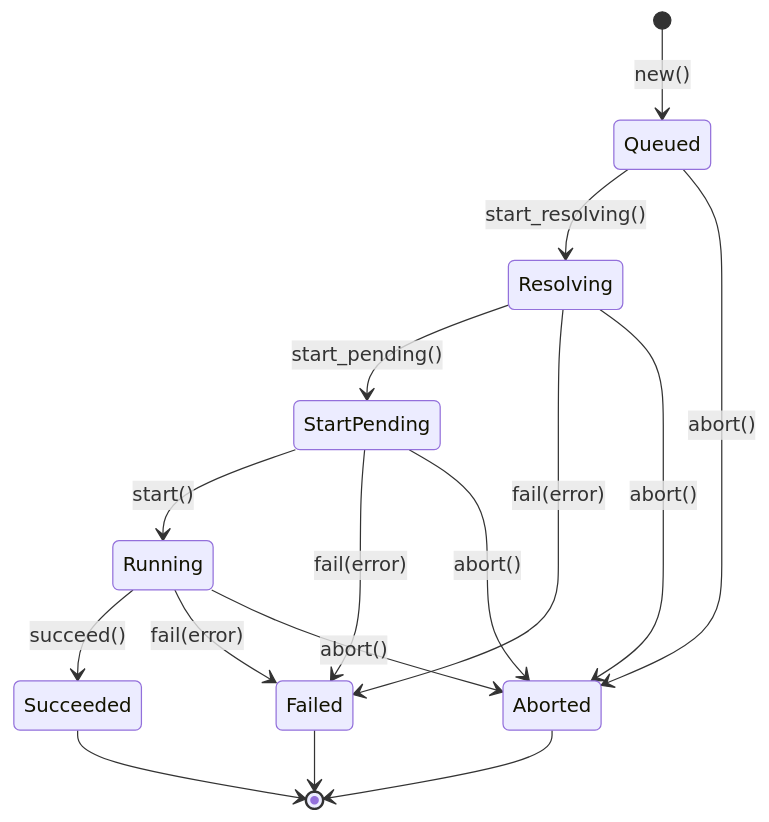
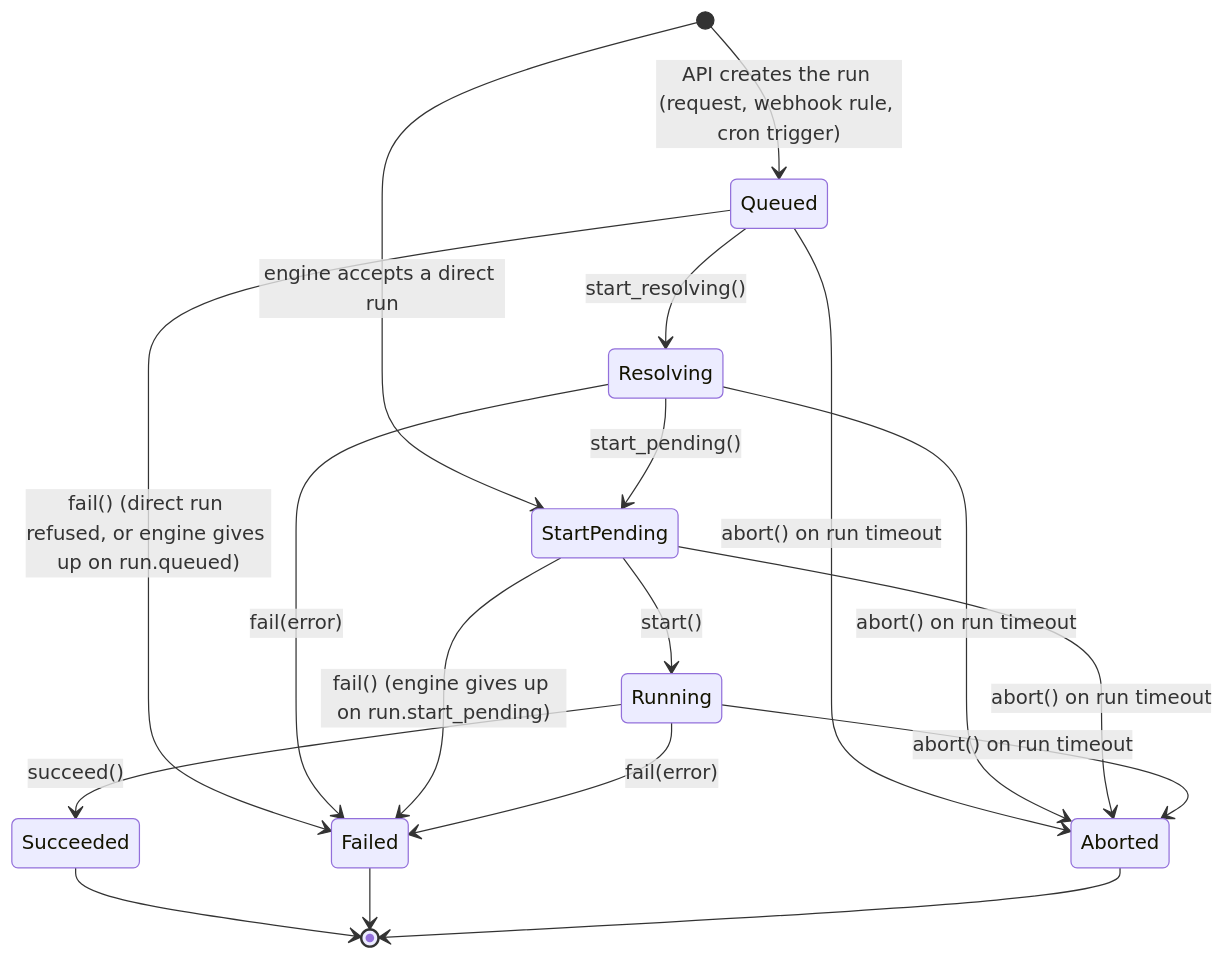
Before and after one commit to paninfracon/stormchaser: the first of 2 diagrams in docs/state_machines.md, drawn with Mermaid. The commit also changed other lines of this file and 476 other files, not shown here.

````diff
--- a/docs/state_machines.md
+++ b/docs/state_machines.md
@@ -5,23 +43,25 @@
 ```mermaid
 stateDiagram-v2
-    [*] --> Queued: new()
+    [*] --> Queued: API creates the run (request, webhook rule, cron trigger)
+    [*] --> StartPending: engine accepts a direct run
 
     Queued --> Resolving: start_resolving()
-    Queued --> Aborted: abort()
+    Queued --> Failed: fail() (direct run refused, or engine gives up on run.queued)
+    Queued --> Aborted: abort() on run timeout
 
     Resolving --> StartPending: start_pending()
     Resolving --> Failed: fail(error)
-    Resolving --> Aborted: abort()
+    Resolving --> Aborted: abort() on run timeout
 
     StartPending --> Running: start()
-    StartPending --> Failed: fail(error)
-    StartPending --> Aborted: abort()
+    StartPending --> Failed: fail() (engine gives up on run.start_pending)
+    StartPending --> Aborted: abort() on run timeout
 
     Running --> Succeeded: succeed()
     Running --> Failed: fail(error)
-    Running --> Aborted: abort()
+    Running --> Aborted: abort() on run timeout
 
     Succeeded --> [*]
     Failed --> [*]
     Aborted --> [*]
 ```
````
